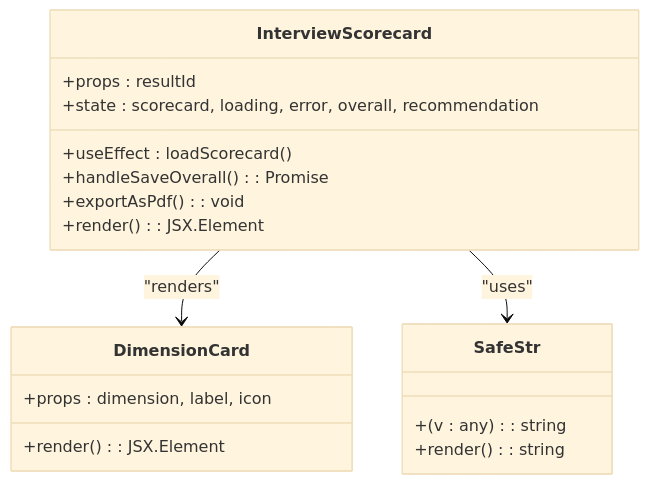
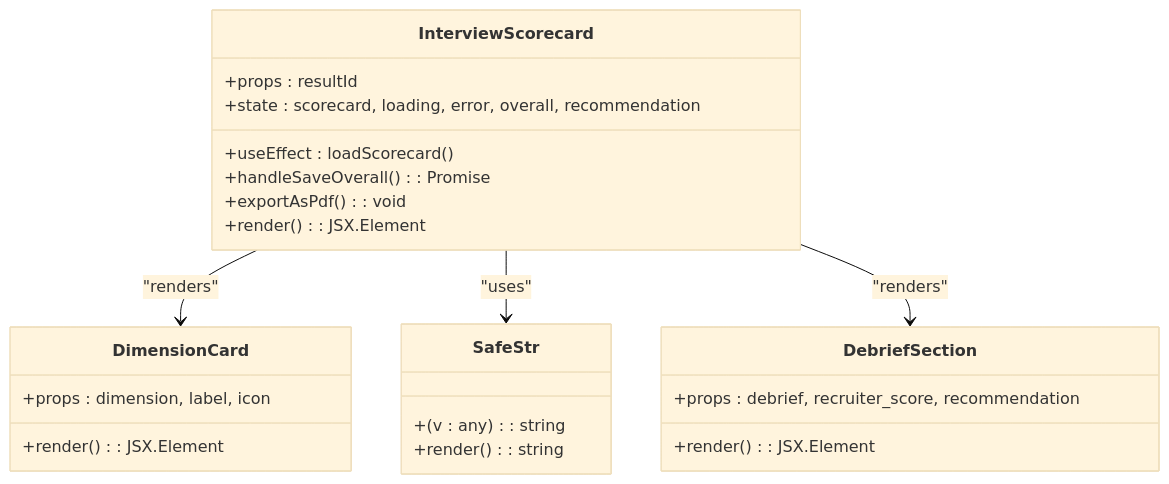
One commit to Revanththetalogics/aireume changed the fourth of 10 diagrams in .qoder/repowiki/en/content/Frontend Architecture/Component Library/Interview Scorecard Component.md. Above: the diagram before and after it, drawn with Mermaid (base theme). The commit also changed other lines of this file and 6 other files, not shown here.

````diff
--- a/.qoder/repowiki/en/content/Frontend Architecture/Component Library/Interview Scorecard Component.md
+++ b/.qoder/repowiki/en/content/Frontend Architecture/Component Library/Interview Scorecard Component.md
@@ -204,21 +238,26 @@
 ```mermaid
 classDiagram
 class InterviewScorecard {
 +props : resultId
 +state : scorecard, loading, error, overall, recommendation
 +useEffect : loadScorecard()
 +handleSaveOverall() : Promise
 +exportAsPdf() : void
 +render() : JSX.Element
 }
 class DimensionCard {
 +props : dimension, label, icon
 +render() : JSX.Element
 }
 class SafeStr {
 +(v : any) : string
 +render() : string
 }
+class DebriefSection {
++props : debrief, recruiter_score, recommendation
++render() : JSX.Element
+}
 InterviewScorecard --> DimensionCard : "renders"
 InterviewScorecard --> SafeStr : "uses"
+InterviewScorecard --> DebriefSection : "renders"
 ```
````
